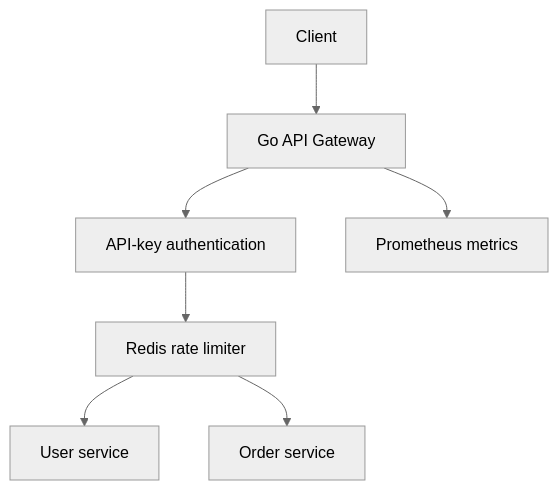
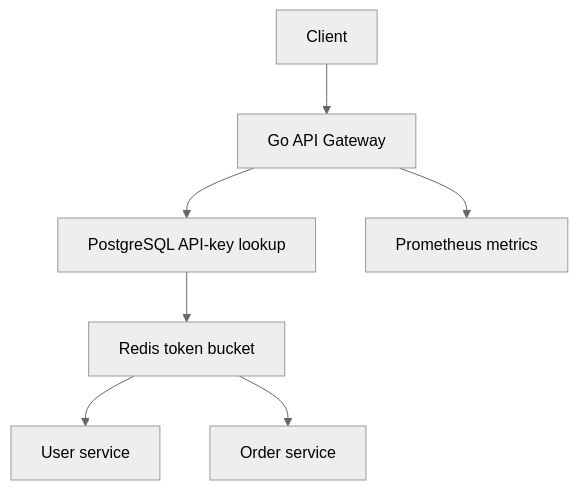
Before and after one commit to beasthphp/distributed-api-gateway: the diagram in README.md, drawn with Mermaid (neutral theme). The commit also changed other lines of this file and 25 other files, not shown here.

````diff
--- a/README.md
+++ b/README.md
@@ -23,9 +25,9 @@
 ```mermaid
 flowchart TD
     C[Client] --> G[Go API Gateway]
-    G --> A[API-key authentication]
-    A --> R[Redis rate limiter]
+    G --> A[PostgreSQL API-key lookup]
+    A --> R[Redis token bucket]
     R --> U[User service]
     R --> O[Order service]
     G --> M[Prometheus metrics]
 ```
````
